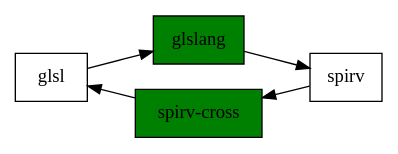
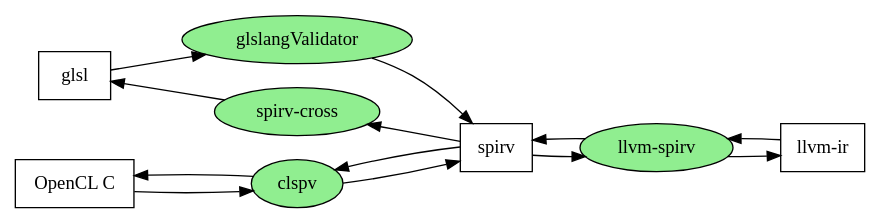
One commit to Jonathan2251/lbd changed the diagram in Fig/gpu/glsl-spirv.gv. Above: the diagram before and after it, drawn with Graphviz. The commit also changed 16 other files, not shown here.

```diff
--- a/Fig/gpu/glsl-spirv.gv
+++ b/Fig/gpu/glsl-spirv.gv
@@ -1,10 +1,24 @@
 digraph G {
   rankdir=LR;
 
-  node [shape=record];
+  // Data Nodes
+  node [shape=record, style=filled, fillcolor=white];
+  glsl [label="glsl"];
+  openclc [label="OpenCL C"];
+  spirv [label="spirv"];
+  llvm [label="llvm-ir"];
 
-  glslang [style=filled,fillcolor=green];
-  spirv_cross [label="spirv-cross",style=filled,fillcolor=green];
+  // Tools Nodes
+  node [shape=oval, style=filled, fillcolor=lightgreen];
+  glslang [label="glslangValidator"];
+  spirv_cross [label="spirv-cross"];
+  clspv [label="clspv"];
+  llvm_spirv [label="llvm-spirv"];
+
   glsl -> glslang -> spirv;
   glsl -> spirv_cross -> spirv [dir="back"];
+  openclc -> clspv -> spirv;
+  openclc -> clspv -> spirv [dir="back"];
+  spirv -> llvm_spirv -> llvm;
+  llvm -> llvm_spirv -> spirv;
 }
```
